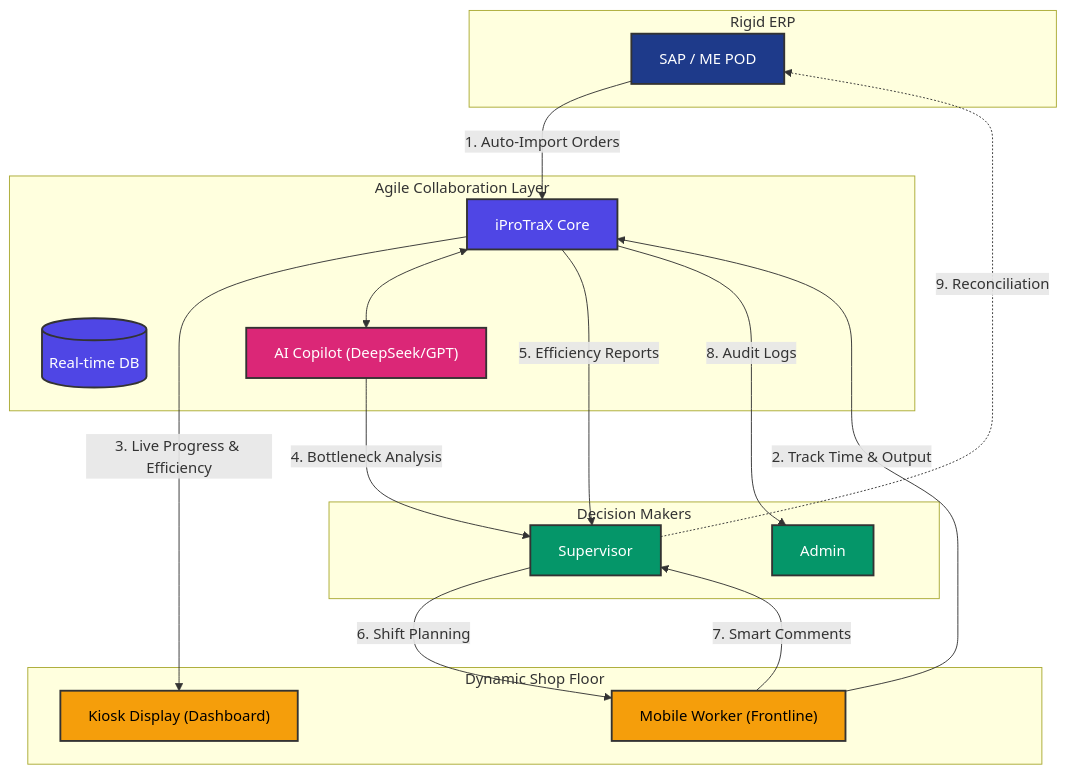
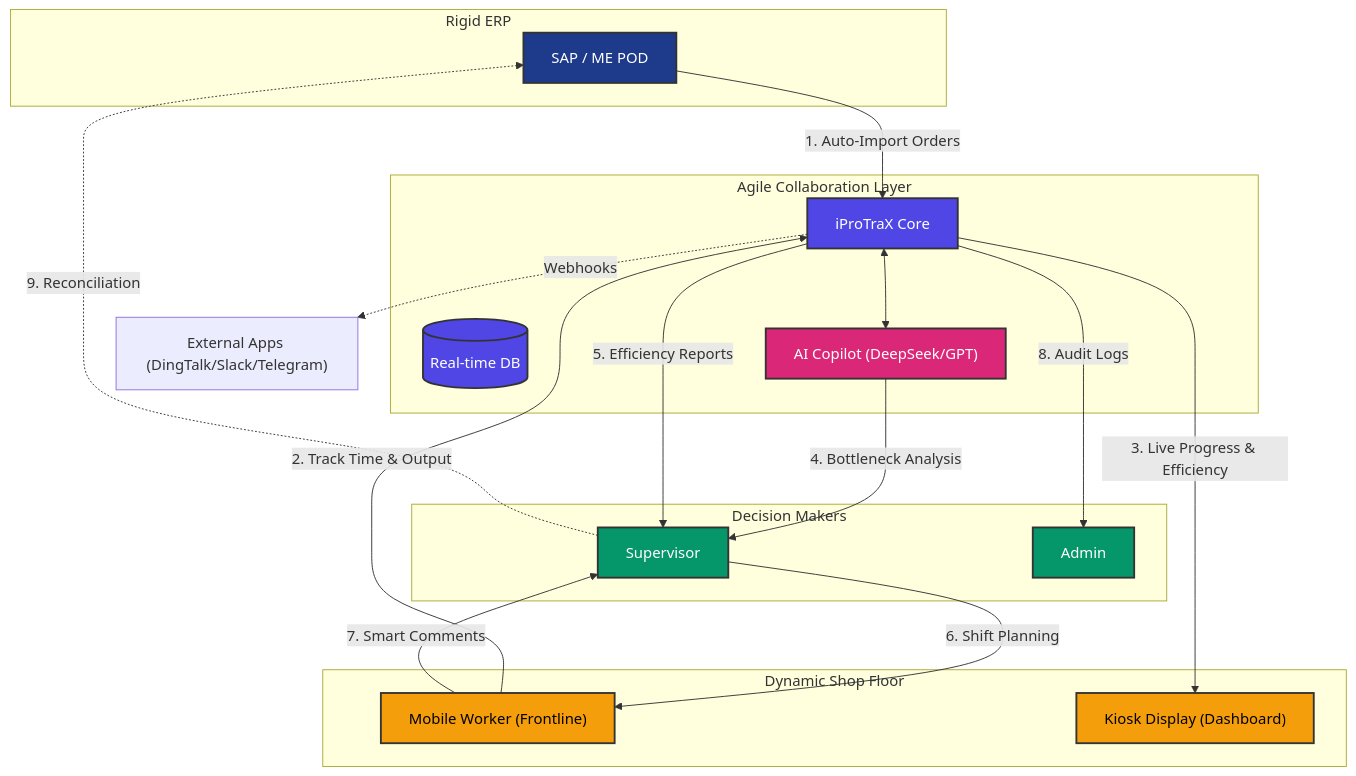
Before and after one commit to Tropical8818/iProTraX: the first of 2 diagrams in README.md, drawn with Mermaid. The commit also changed other lines of this file and 10 other files, not shown here.

````diff
--- a/README.md
+++ b/README.md
@@ -31,44 +31,45 @@
 ```mermaid
 flowchart TB
  subgraph RigidERP["Rigid ERP"]
         SAP["SAP / ME POD"]
   end
  subgraph DynamicShop["Dynamic Shop Floor"]
         Worker["Mobile Worker (Frontline)"]
         Kiosk["Kiosk Display (Dashboard)"]
   end
  subgraph AgileCore["Agile Collaboration Layer"]
         App["iProTraX Core"]
         DB[("Real-time DB")]
         AI["AI Copilot (DeepSeek/GPT)"]
   end
  subgraph DecisionMakers["Decision Makers"]
         Supervisor["Supervisor"]
         Admin["Admin"]
   end
     SAP -- "1. Auto-Import Orders" --> App
     Worker -- "2. Track Time & Output" --> App
     App -- "3. Live Progress & Efficiency" --> Kiosk
     App <--> AI
     AI -- "4. Bottleneck Analysis" --> Supervisor
     App -- "5. Efficiency Reports" --> Supervisor
+    App -.->|Webhooks| ExternalApps["External Apps (DingTalk/Slack/Telegram)"]
     Supervisor -- "6. Shift Planning" --> Worker
     Worker -- "7. Smart Comments" --> Supervisor
     App -- "8. Audit Logs" --> Admin
     Supervisor -. "9. Reconciliation" .-> SAP
 
      SAP:::sap
      Worker:::shop
      Kiosk:::shop
      App:::core
      DB:::core
      AI:::ai
      Supervisor:::manage
      Admin:::manage
      
     classDef sap fill:#1e3a8a,stroke:#333,stroke-width:2px,color:white
     classDef core fill:#4f46e5,stroke:#333,stroke-width:2px,color:white
     classDef shop fill:#f59e0b,stroke:#333,stroke-width:2px,color:black
     classDef manage fill:#059669,stroke:#333,stroke-width:2px,color:white
     classDef ai fill:#db2777,stroke:#333,stroke-width:2px,color:white
 ```
````
